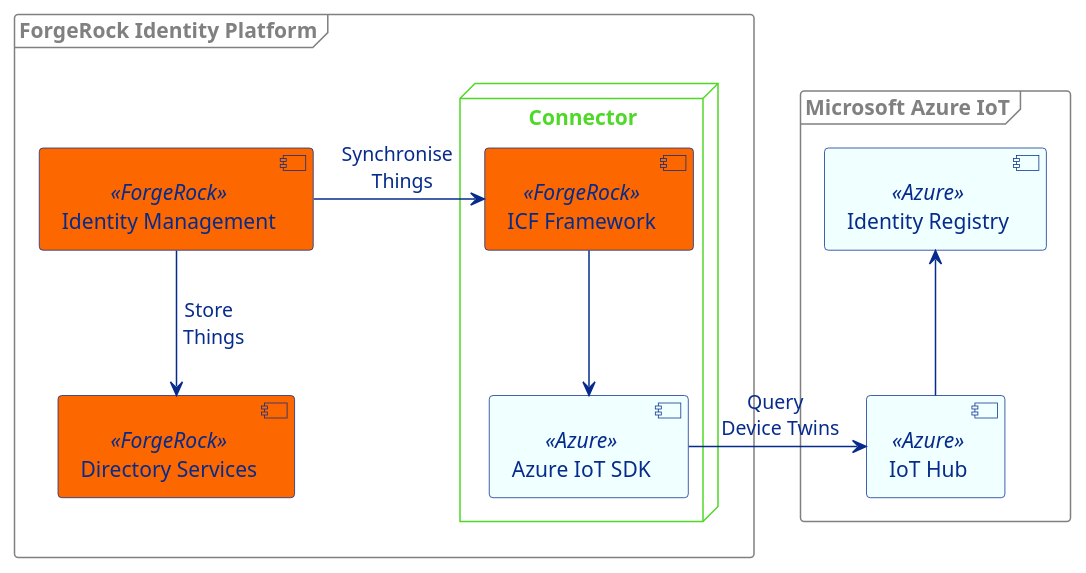
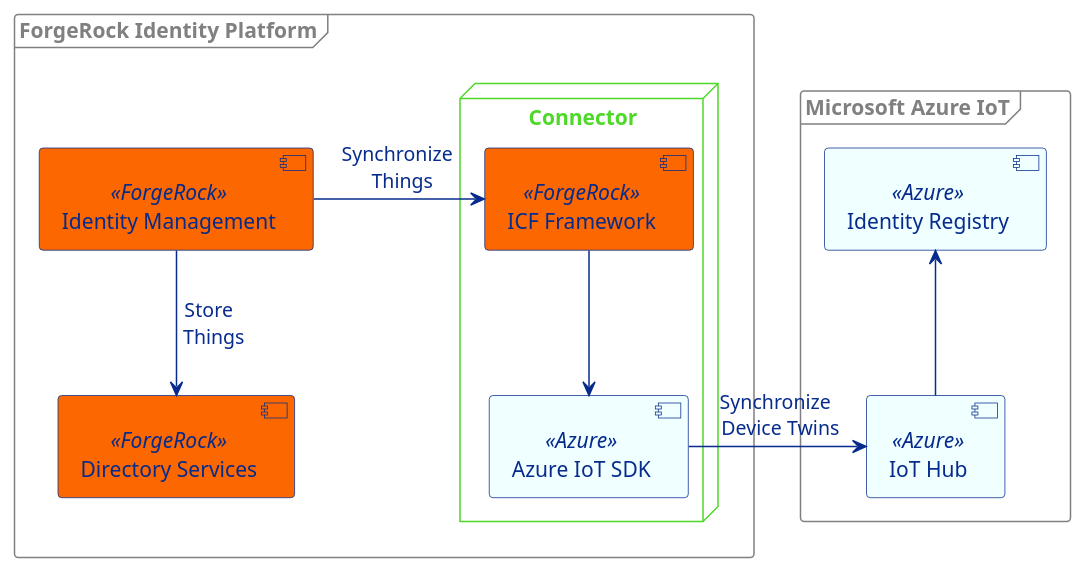
The diagram in examples/proof-of-concept/azure-iot/docs/forgerock-azure-integration.puml (ForgeRock/iot-edge), drawn with PlantUML before and after one commit. The commit also changed 22 other files, not shown here.

```diff
--- a/examples/proof-of-concept/azure-iot/docs/forgerock-azure-integration.puml
+++ b/examples/proof-of-concept/azure-iot/docs/forgerock-azure-integration.puml
@@ -1,39 +1,39 @@
 @startuml
 
 skinparam component {
   FontColor #062b8c
   BackgroundColor<<ForgeRock>> #fc6700
   BorderColor #062b8c
   BackgroundColor<<Azure>> azure
   ArrowColor #062b8c
   ArrowFontColor #062b8c
 }
 skinparam node {
   BorderColor #4ED827
   FontColor #4ED827
 }
 skinparam frame {
   BorderColor gray
   FontColor gray
 }
 
 frame "Microsoft Azure IoT" {
     [IoT Hub] as hub <<Azure>>
     [Identity Registry] as db <<Azure>>
 }
 frame "ForgeRock Identity Platform" {
     [Identity Management] as idm <<ForgeRock>>
     [Directory Services] as ds <<ForgeRock>>
     node "Connector" {
         [ICF Framework] as icf <<ForgeRock>>
         [Azure IoT SDK] as sdk <<Azure>>
     }
 }
 
 idm -down-> ds : Store \n Things
-idm -right-> icf : Synchronise \n Things
+idm -right-> icf : Synchronize \n Things
 icf -down-> sdk
-sdk -right-> hub : Query \n Device Twins
+sdk -right-> hub : Synchronize \n Device Twins
 hub -up-> db
 
 @enduml
```
